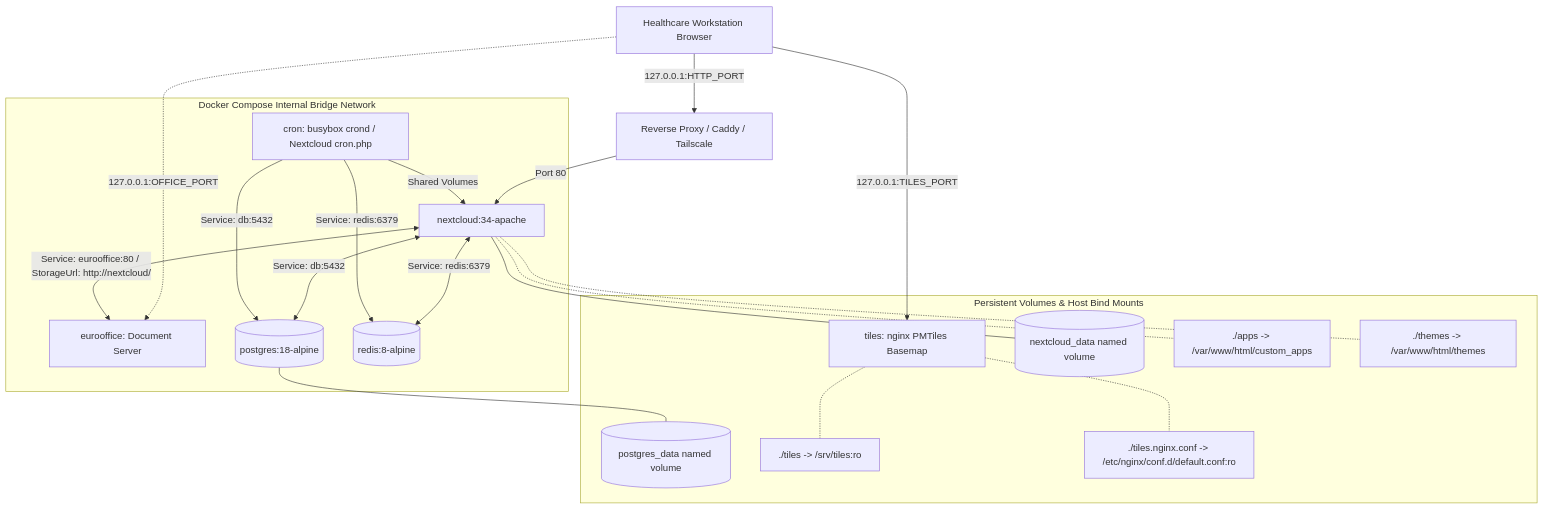
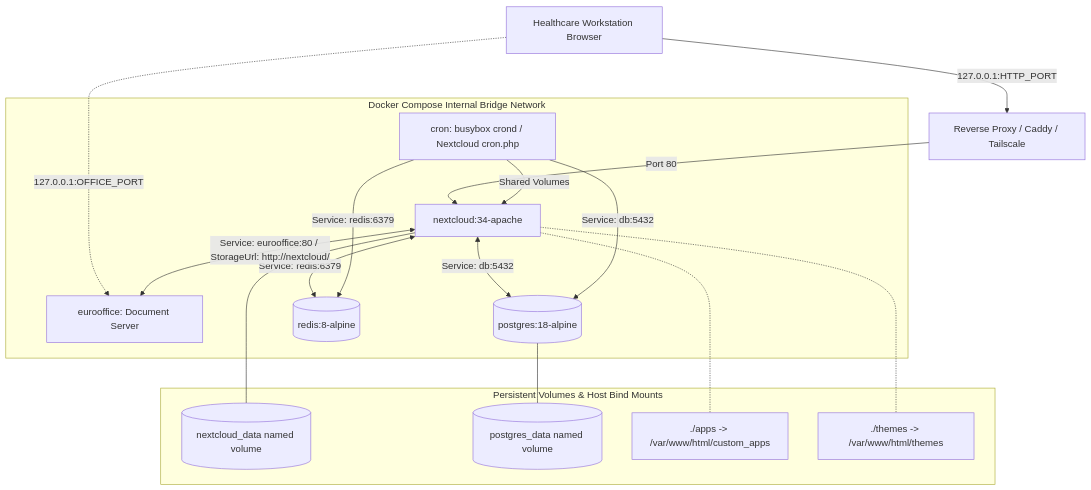
One commit to APS-Conecta/gestion changed the first of 3 diagrams in docs/manuals/ADMIN_MANUAL.md. Above: the diagram before and after it, drawn with Mermaid. The commit also changed other lines of this file and 26 other files, not shown here.

First line of the commit message:
feat(installer): the map is the suite's own /tiles/ route — the nginx tiles server goes (L5 S3) (#232)

````diff
--- a/docs/manuals/ADMIN_MANUAL.md
+++ b/docs/manuals/ADMIN_MANUAL.md
@@ -91,25 +91,22 @@
 ```mermaid
 graph TD
   UserBrowser[Healthcare Workstation Browser] -->|127.0.0.1:HTTP_PORT| ReverseProxy[Reverse Proxy / Caddy / Tailscale]
   ReverseProxy -->|Port 80| NC[nextcloud:34-apache]
-  UserBrowser -->|127.0.0.1:TILES_PORT| Tiles[tiles: nginx PMTiles Basemap]
   UserBrowser -.->|127.0.0.1:OFFICE_PORT| EuroOffice[eurooffice: Document Server]
   
   subgraph Docker Compose Internal Bridge Network
     NC <-->|Service: db:5432| PG[(postgres:18-alpine)]
     NC <-->|Service: redis:6379| Redis[(redis:8-alpine)]
     CRON[cron: busybox crond / Nextcloud cron.php] -->|Shared Volumes| NC
     CRON -->|Service: db:5432| PG
     CRON -->|Service: redis:6379| Redis
     NC <-->|Service: eurooffice:80 / StorageUrl: http://nextcloud/| EuroOffice
   end
 
   subgraph Persistent Volumes & Host Bind Mounts
     NC --- VData[(nextcloud_data named volume)]
     PG --- VPG[(postgres_data named volume)]
     NC -.- MountApps[./apps -> /var/www/html/custom_apps]
     NC -.- MountThemes[./themes -> /var/www/html/themes]
-    Tiles -.- MountTiles[./tiles -> /srv/tiles:ro]
-    Tiles -.- MountNginx[./tiles.nginx.conf -> /etc/nginx/conf.d/default.conf:ro]
   end
 ```
````
